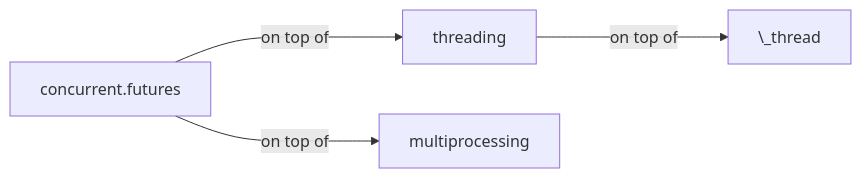
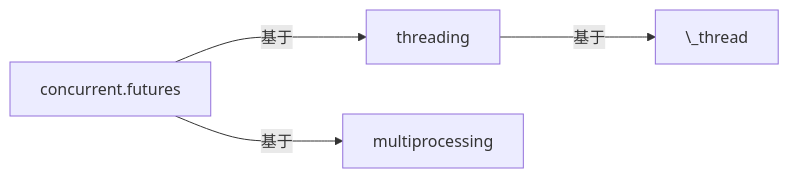
Before and after one commit to ronema/walden: the second of 2 diagrams in _posts/2016-01-01-another-test-markdown.md, drawn with Mermaid. The commit also changed other lines of this file and 17 other files, not shown here.

````diff
--- a/_posts/2016-01-01-another-test-markdown.md
+++ b/_posts/2016-01-01-another-test-markdown.md
@@ -245,7 +243,7 @@
 ```mermaid!
 graph LR
-  concurrent.futures --->| on top of | threading
-  concurrent.futures --->| on top of | multiprocessing
-  threading --->| on top of | \_thread
+  concurrent.futures --->| 基于 | threading
+  concurrent.futures --->| 基于 | multiprocessing
+  threading --->| 基于 | \_thread
   click concurrent.futures "https://docs.python.org/3.9/library/concurrent.futures.html" _blank
 ```
````
